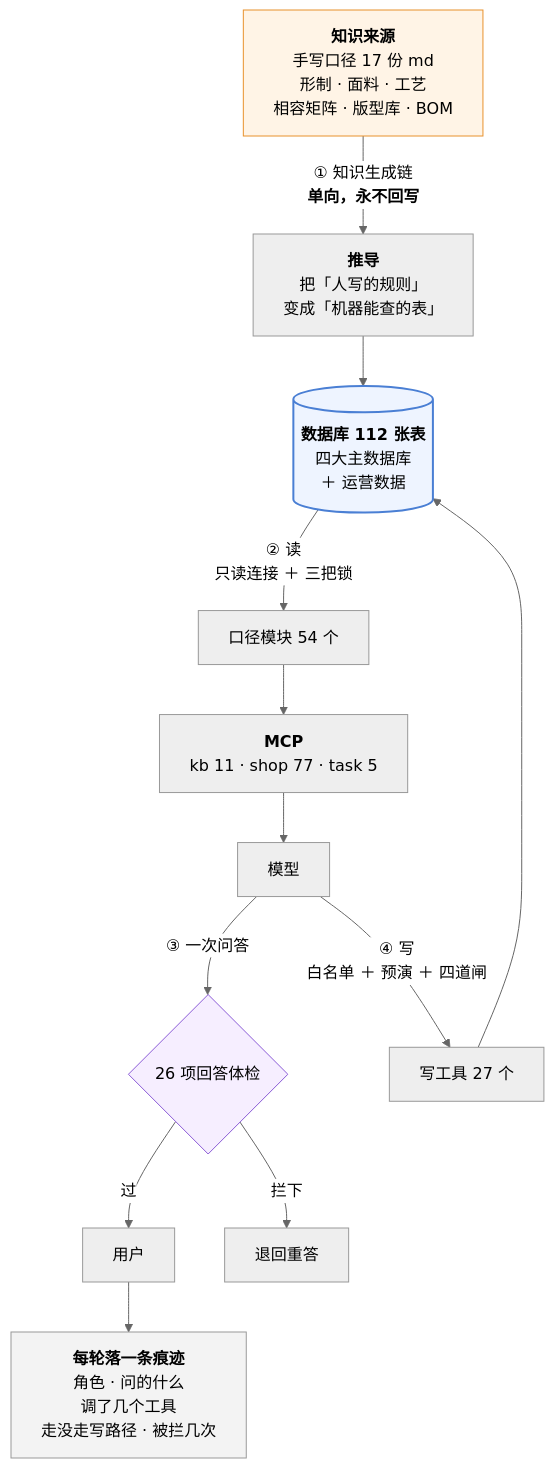
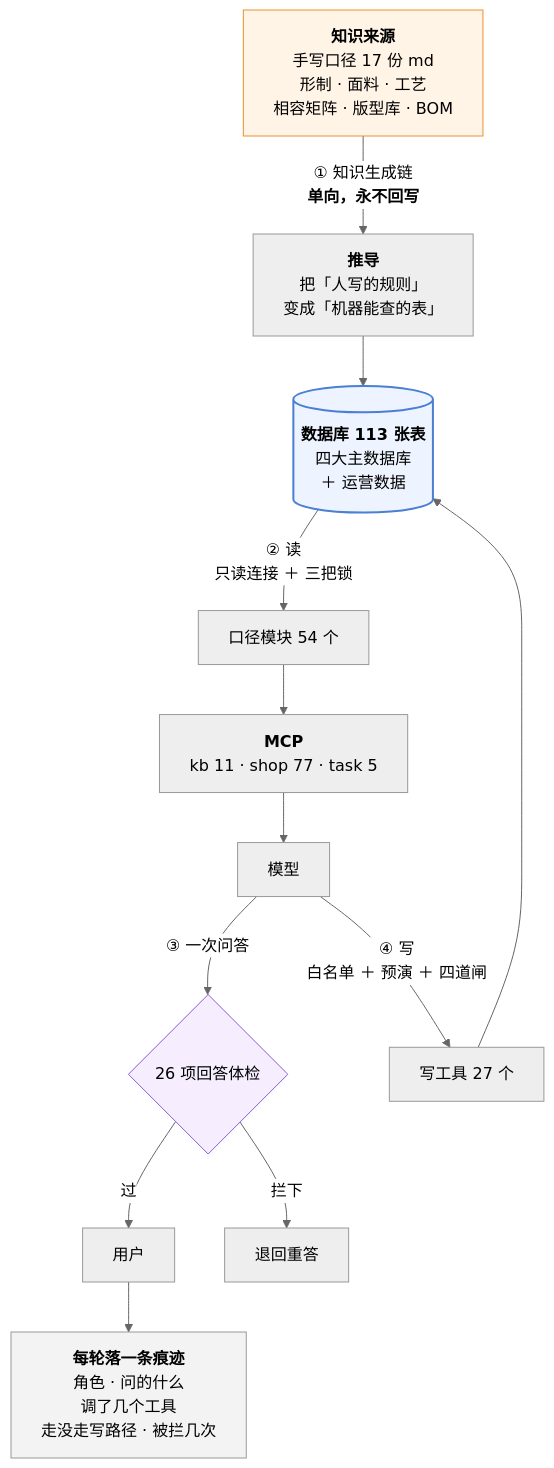
One commit to 843773296-rgb/lanxiu-yunshang-agent changed the third of 3 diagrams in 澜绣云裳agent-产品说明.md. Above: the diagram before and after it, drawn with Mermaid (neutral theme). The commit also changed other lines of this file and 4 other files, not shown here.

````diff
--- a/澜绣云裳agent-产品说明.md
+++ b/澜绣云裳agent-产品说明.md
@@ -969,24 +969,24 @@
 ```mermaid
 flowchart TD
     MD["<b>知识来源</b><br/>手写口径 17 份 md<br/>形制 · 面料 · 工艺<br/>相容矩阵 · 版型库 · BOM"]
     MD -->|"① 知识生成链<br/><b>单向，永不回写</b>"| DV["<b>推导</b><br/>把「人写的规则」<br/>变成「机器能查的表」"]
-    DV --> DB[("<b>数据库 112 张表</b><br/>四大主数据库<br/>＋ 运营数据")]
+    DV --> DB[("<b>数据库 113 张表</b><br/>四大主数据库<br/>＋ 运营数据")]
 
     DB -->|"② 读<br/>只读连接 ＋ 三把锁"| KJ["口径模块 54 个"]
     KJ --> MCP["<b>MCP</b><br/>kb 11 · shop 77 · task 5"]
     MCP --> LLM["模型"]
 
     LLM -->|"③ 一次问答"| GD{"26 项回答体检"}
     GD -- 过 --> U["用户"]
     GD -- 拦下 --> RE["退回重答"]
 
     LLM -->|"④ 写<br/>白名单 ＋ 预演 ＋ 四道闸"| W["写工具 27 个"]
     W --> DB
 
     U --> TR["<b>每轮落一条痕迹</b><br/>角色 · 问的什么<br/>调了几个工具<br/>走没走写路径 · 被拦几次"]
 
     style MD fill:#fff4e6,stroke:#e8912d
     style DB fill:#eef4ff,stroke:#4a7fd4,stroke-width:2px
     style GD fill:#f6eeff,stroke:#8b5cd6
     style TR fill:#f3f3f3,stroke:#999
 ```
````
